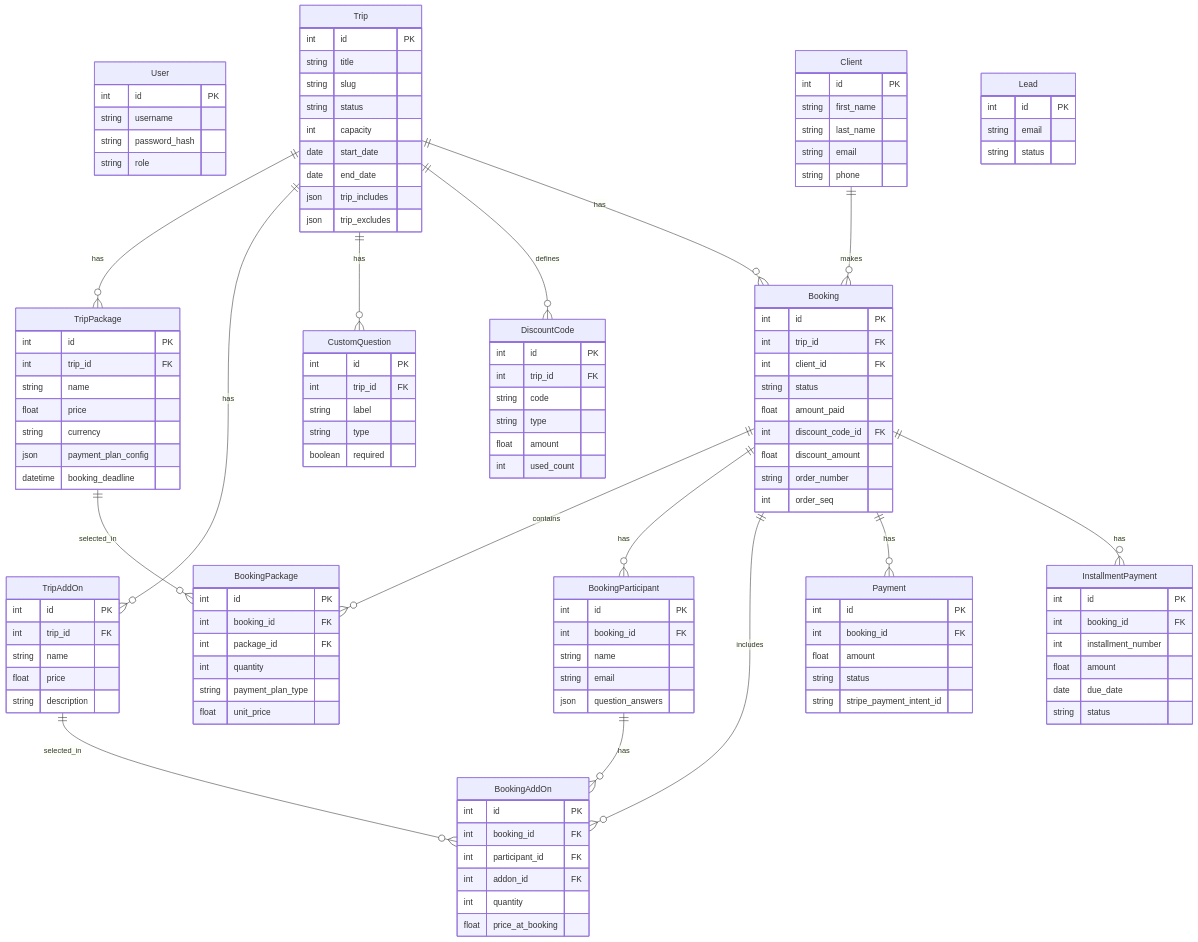
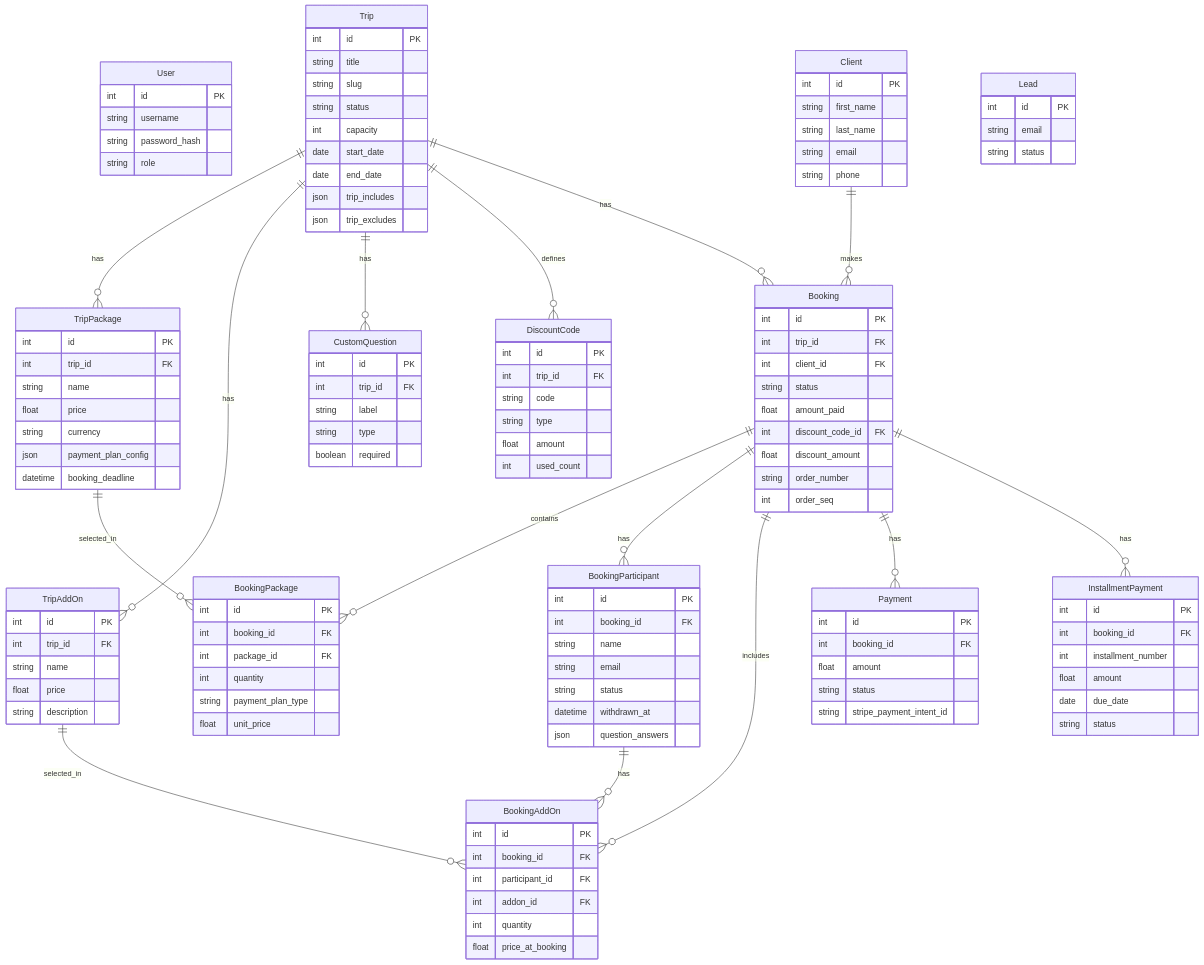
The first of 2 diagrams in context/02_数据库设计.md (Arafat0319/nhtours), drawn with Mermaid before and after one commit. The commit also changed 10 other files, not shown here.

First line of the commit message:
Add participant withdrawn status with gray roster rows and Restore.

```diff
--- a/context/02_数据库设计.md
+++ b/context/02_数据库设计.md
@@ -94,6 +94,8 @@
         int booking_id FK
         string name
         string email
+        string status
+        datetime withdrawn_at
         json question_answers
     }
     BookingAddOn {
```
